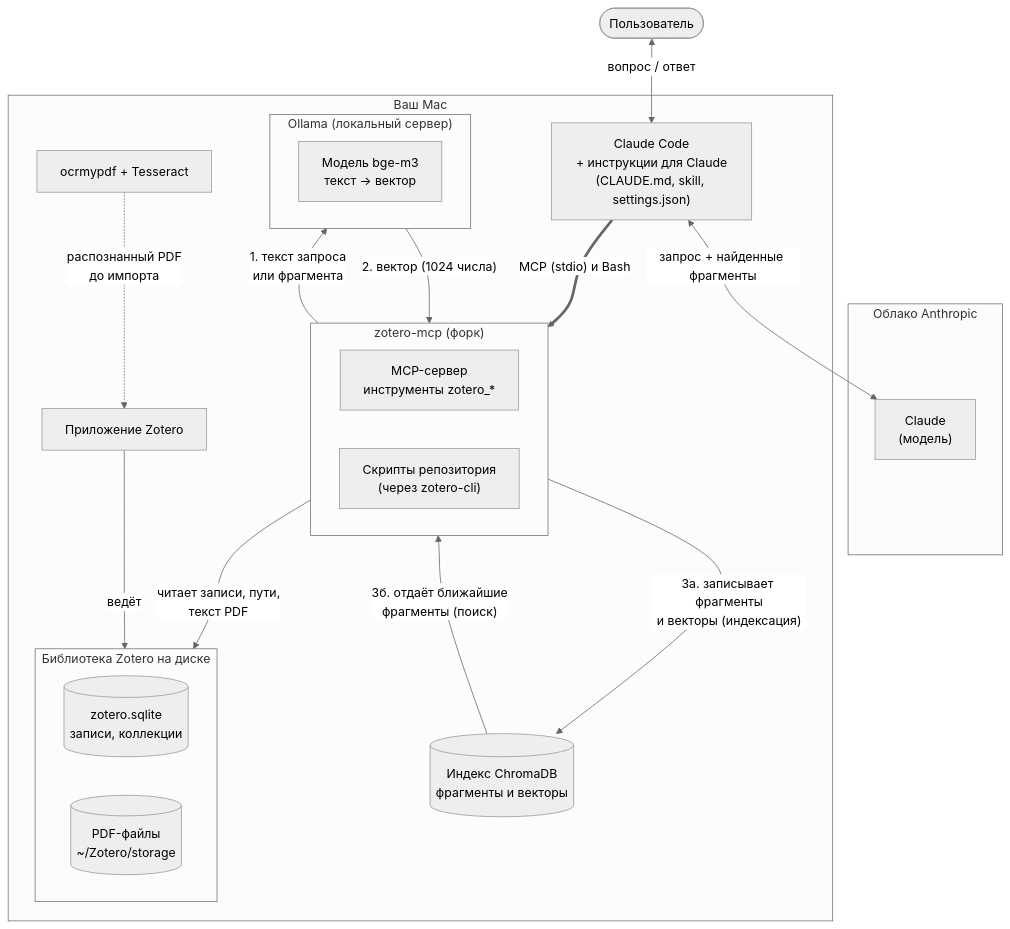
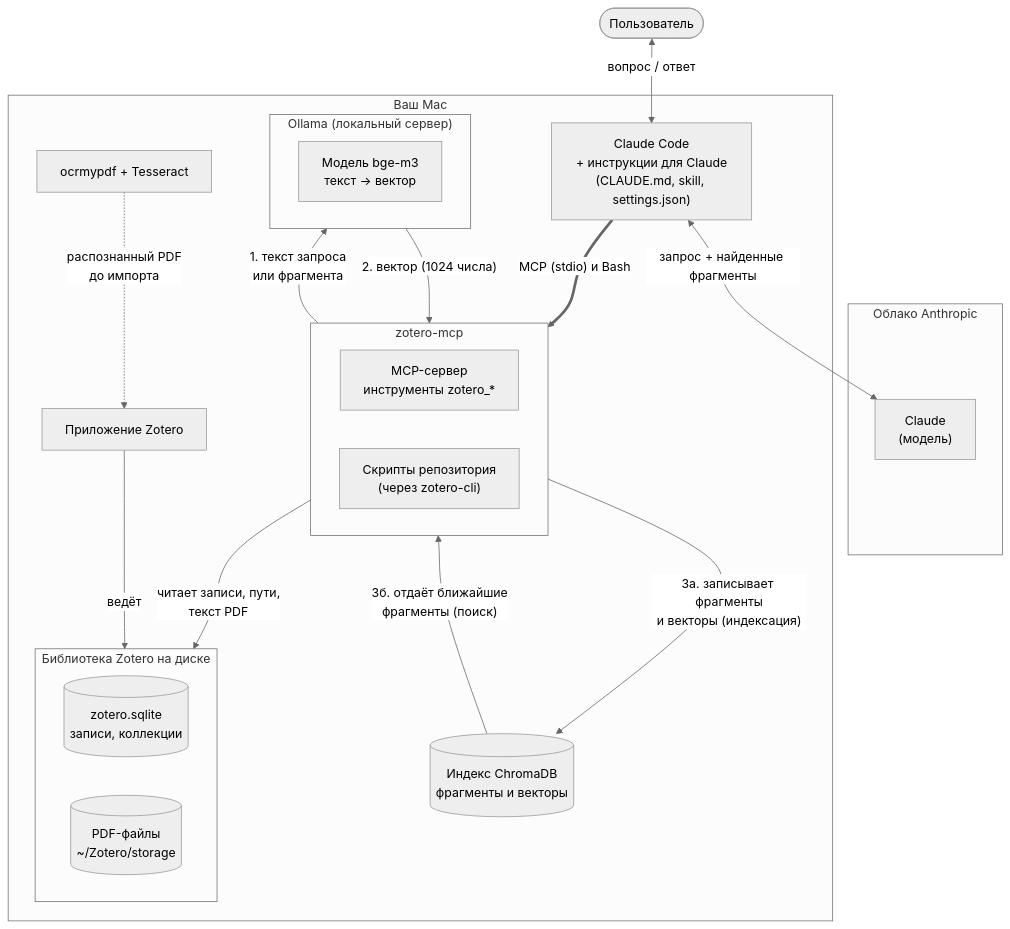
The first of 3 diagrams in docs/architecture.md (pendyurinandrey/zotero-ai-integration), drawn with Mermaid (neutral theme) before and after one commit. The commit also changed other lines of this file and 5 other files, not shown here.

Commit message:
Switched to upstream zotero-mcp 0.17.0, dropped the fork

````diff
--- a/docs/architecture.md
+++ b/docs/architecture.md
@@ -9,46 +9,46 @@
 ```mermaid
 flowchart TB
     user(["Пользователь"])
 
     subgraph cloud["Облако Anthropic"]
         claude["Claude<br/>(модель)"]
     end
 
     subgraph mac["Ваш Mac"]
         cc["Claude Code<br/>+ инструкции для Claude<br/>(CLAUDE.md, skill, settings.json)"]
 
-        subgraph mcp["zotero-mcp (форк)"]
+        subgraph mcp["zotero-mcp"]
             direction LR
             srv["MCP-сервер<br/>инструменты zotero_*"]
             scripts["Скрипты репозитория<br/>(через zotero-cli)"]
         end
 
         subgraph ollama["Ollama (локальный сервер)"]
             bge["Модель bge-m3<br/>текст → вектор"]
         end
 
         chroma[("Индекс ChromaDB<br/>фрагменты и векторы")]
 
         subgraph lib["Библиотека Zotero на диске"]
             direction LR
             sqlite[("zotero.sqlite<br/>записи, коллекции")]
             pdfs[("PDF-файлы<br/>~/Zotero/storage")]
         end
 
         zotero["Приложение Zotero"]
         ocr["ocrmypdf + Tesseract"]
     end
 
     user <-->|"вопрос / ответ"| cc
     cc <-->|"запрос + найденные фрагменты"| claude
     cc ==>|"MCP (stdio) и Bash"| mcp
 
     mcp -->|"1. текст запроса<br/>или фрагмента"| ollama
     ollama -->|"2. вектор (1024 числа)"| mcp
     mcp -->|"3а. записывает фрагменты<br/>и векторы (индексация)"| chroma
     chroma -->|"3б. отдаёт ближайшие<br/>фрагменты (поиск)"| mcp
     mcp -->|"читает записи, пути,<br/>текст PDF"| lib
 
     zotero -->|"ведёт"| lib
     ocr -.->|"распознанный PDF<br/>до импорта"| zotero
 ```
````
